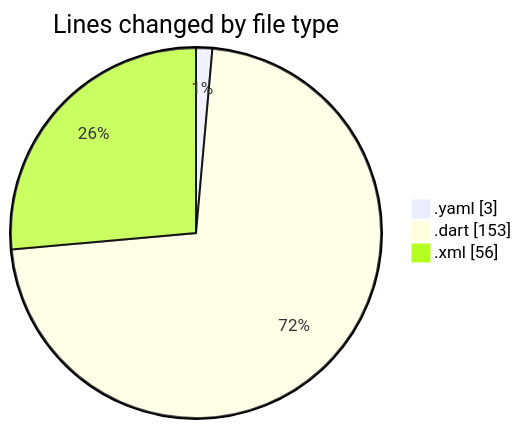
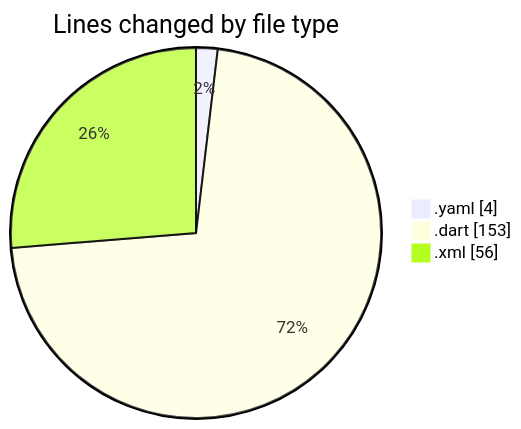
The first of 2 diagrams in 2025-02-27/drivers_app/README.md (donsfak/code-tracking), drawn with Mermaid before and after one commit. The commit also changed other lines of this file and 1 other file, not shown here.

````diff
--- a/2025-02-27/drivers_app/README.md
+++ b/2025-02-27/drivers_app/README.md
@@ -23,7 +23,7 @@
 ```mermaid
 pie showData
 title Lines changed by file type
-".yaml" : 3
+".yaml" : 4
 ".dart" : 153
 ".xml" : 56
 ```
````
